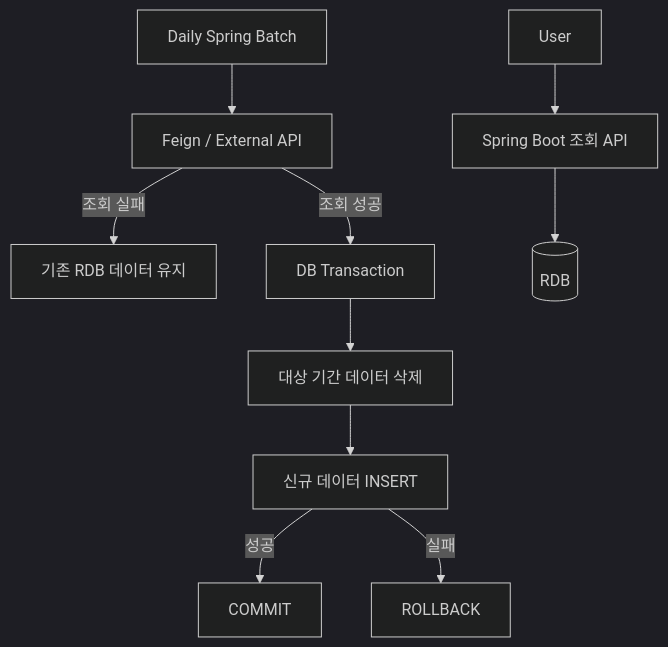
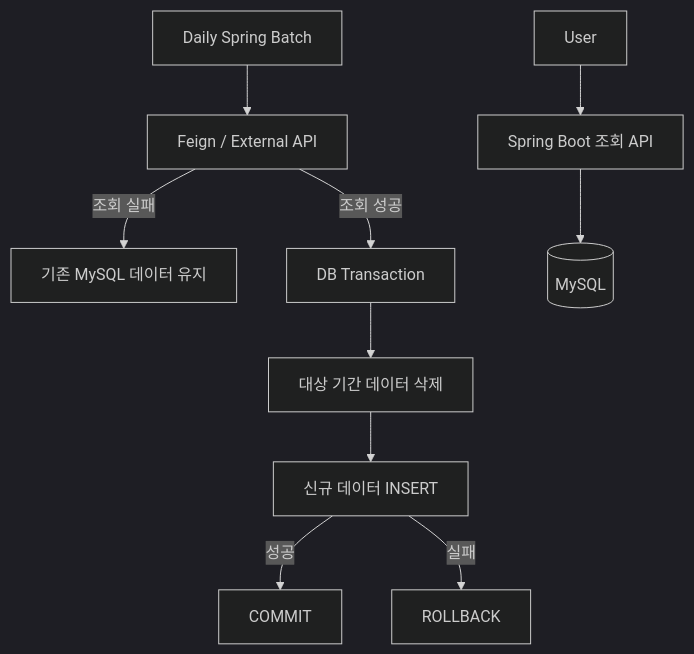
One commit to kimjihyeon99/engineering-portfolio changed the first of 2 diagrams in projects/education-data-integration.md. Above: the diagram before and after it, drawn with Mermaid (dark theme). The commit also changed other lines of this file, not shown here.

Commit message:
Clarify MySQL as AIDT application database

````diff
--- a/projects/education-data-integration.md
+++ b/projects/education-data-integration.md
@@ -49,12 +49,12 @@
 ```mermaid
 flowchart TD
     S[Daily Spring Batch] --> F[Feign / External API]
-    F -->|조회 실패| K[기존 RDB 데이터 유지]
+    F -->|조회 실패| K[기존 MySQL 데이터 유지]
     F -->|조회 성공| T[DB Transaction]
     T --> D[대상 기간 데이터 삭제]
     D --> I[신규 데이터 INSERT]
     I -->|성공| C[COMMIT]
     I -->|실패| R[ROLLBACK]
     U[User] --> A[Spring Boot 조회 API]
-    A --> DB[(RDB)]
+    A --> DB[(MySQL)]
 ```
````
